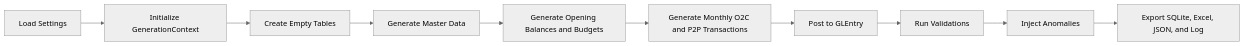
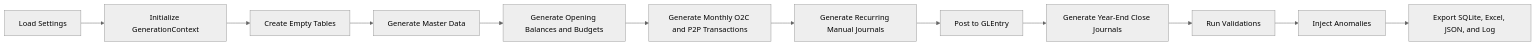
The diagram in docs/code-architecture.md (mmcodesso/CharlesRiver_Database), drawn with Mermaid (neutral theme) before and after one commit. The commit also changed other lines of this file and 19 other files, not shown here.

````diff
--- a/docs/code-architecture.md
+++ b/docs/code-architecture.md
@@ -20,15 +20,17 @@
 ```mermaid
 flowchart LR
     S[Load Settings]
     C[Initialize GenerationContext]
     E[Create Empty Tables]
     M[Generate Master Data]
     B[Generate Opening Balances and Budgets]
     T[Generate Monthly O2C and P2P Transactions]
+    J[Generate Recurring Manual Journals]
     P[Post to GLEntry]
+    Y[Generate Year-End Close Journals]
     V[Run Validations]
     A[Inject Anomalies]
     X[Export SQLite, Excel, JSON, and Log]
 
-    S --> C --> E --> M --> B --> T --> P --> V --> A --> X
+    S --> C --> E --> M --> B --> T --> J --> P --> Y --> V --> A --> X
 ```
````
